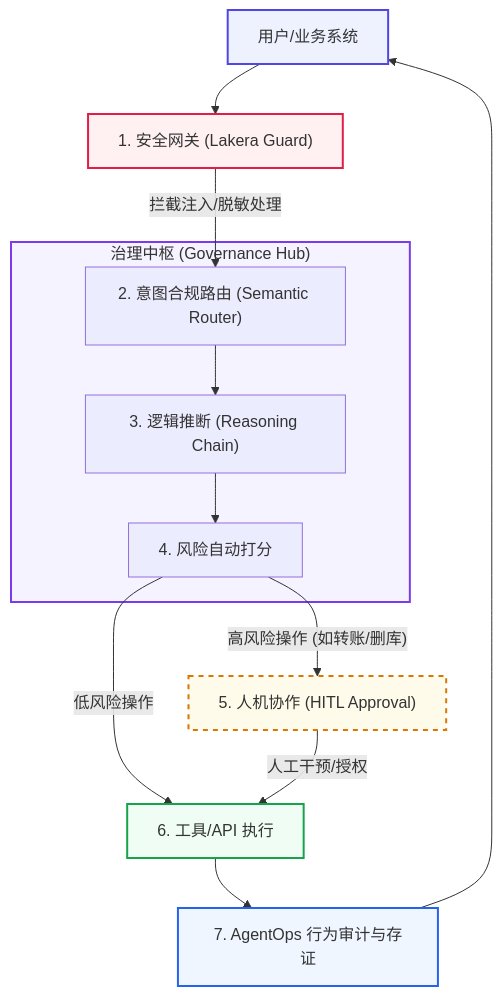
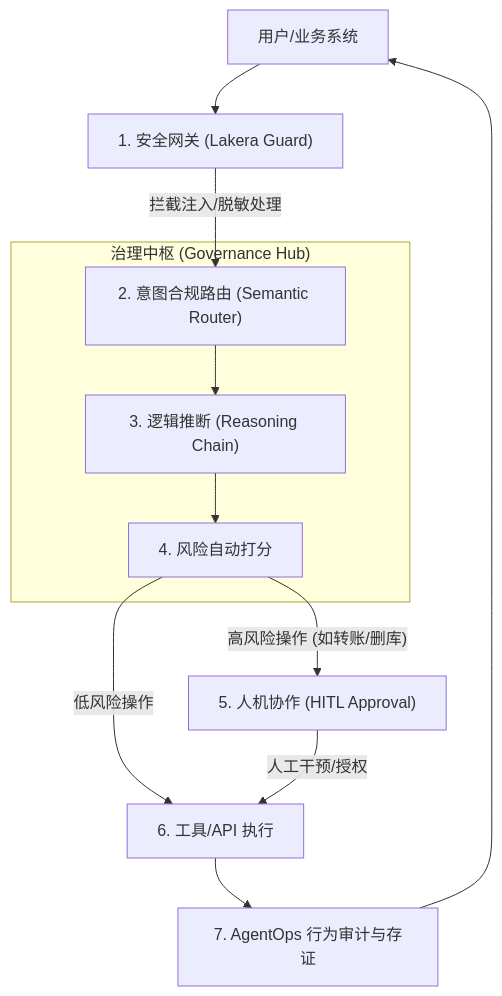
One commit to wangchong2023/lang-chain-graph changed diagram 29 of 33 in doc/AI_Knowledge_Roadmap.md. Above: the diagram before and after it, drawn with Mermaid. The commit also changed other lines of this file, not shown here.

Commit message:
docs: update AI knowledge roadmap with new learning resources and milestones

````diff
--- a/doc/AI_Knowledge_Roadmap.md
+++ b/doc/AI_Knowledge_Roadmap.md
@@ -988,25 +1448,17 @@
 ```mermaid
 graph TD
     User["用户/业务系统"] --> EntryGate["1. 安全网关 (Lakera Guard)"]
     EntryGate -- "拦截注入/脱敏处理" --> Router["2. 意图合规路由 (Semantic Router)"]
     
     subgraph GovHub ["治理中枢 (Governance Hub)"]
         Router --> Reasoning["3. 逻辑推断 (Reasoning Chain)"]
         Reasoning --> RiskScoring["4. 风险自动打分"]
     end
     
     RiskScoring -- "高风险操作 (如转账/删库)" --> HITL["5. 人机协作 (HITL Approval)"]
     RiskScoring -- "低风险操作" --> Execute["6. 工具/API 执行"]
     
     HITL -- "人工干预/授权" --> Execute
     Execute --> Audit["7. AgentOps 行为审计与存证"]
     Audit --> User
-
-    %% 样式美化
-    style User fill:#eef2ff,stroke:#4f46e5,stroke-width:2px
-    style EntryGate fill:#fff1f2,stroke:#e11d48,stroke-width:2px
-    style HITL fill:#fffbeb,stroke:#d97706,stroke-width:2px,stroke-dasharray: 5 5
-    style Execute fill:#f0fdf4,stroke:#16a34a,stroke-width:2px
-    style Audit fill:#eff6ff,stroke:#2563eb,stroke-width:2px
-    style GovHub fill:#f5f3ff,stroke:#7c3aed,stroke-width:2px
 ```
````
